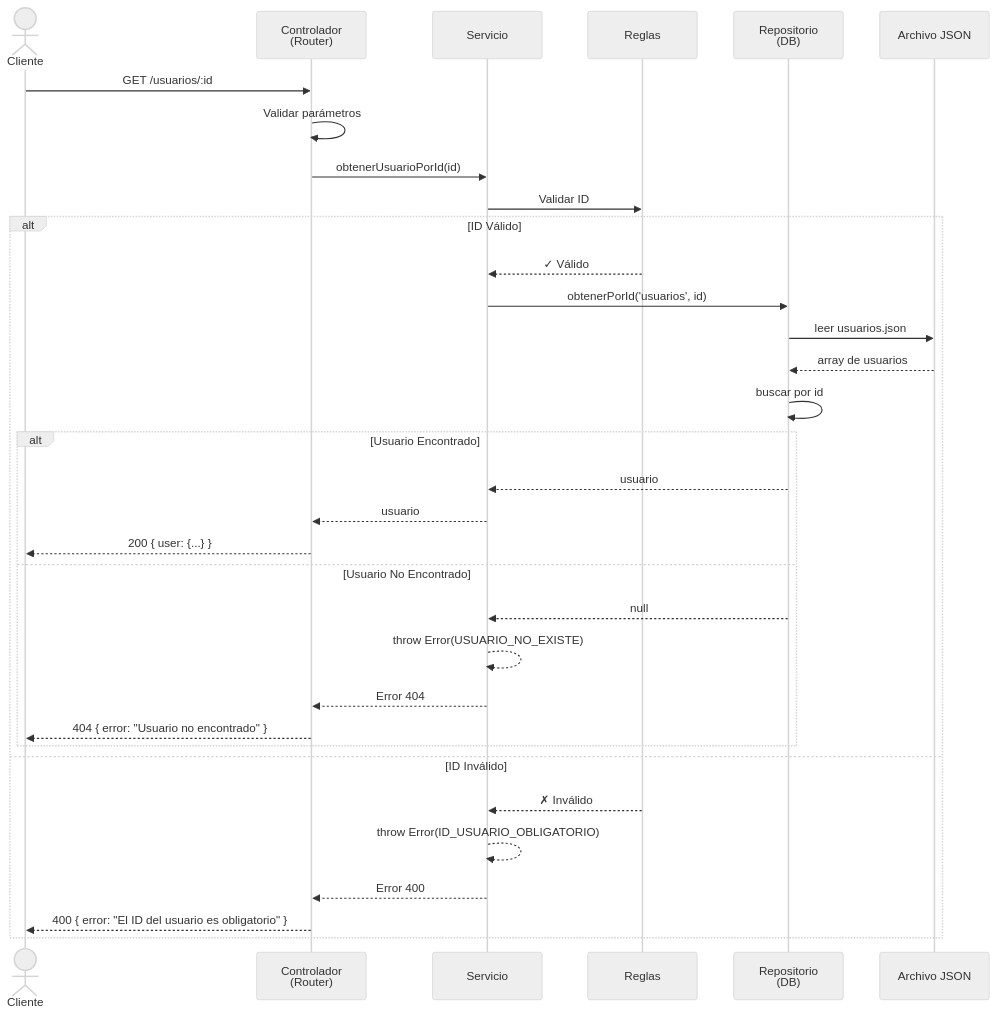
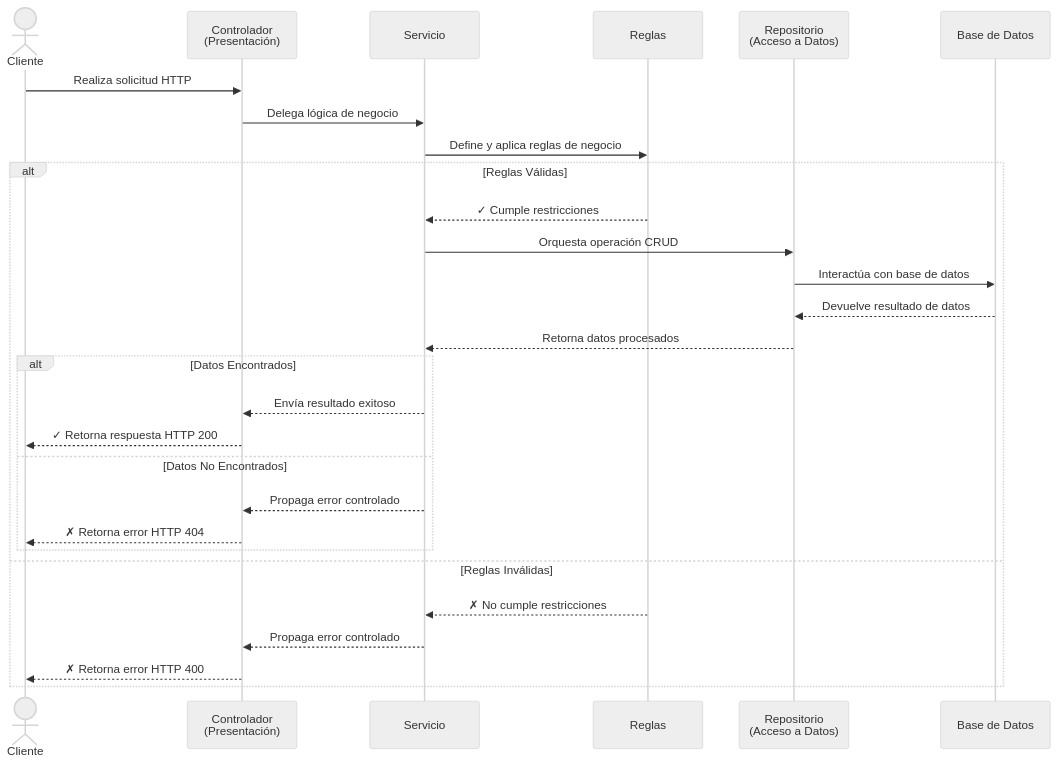
One commit to benlop27/manualtesting-app changed the second of 2 diagrams in README.md. Above: the diagram before and after it, drawn with Mermaid (neutral theme).

````diff
--- a/README.md
+++ b/README.md
@@ -61,36 +61,31 @@
 ```mermaid
 sequenceDiagram
     actor Cliente
-    participant Router as Controlador<br/>(Router)
+    participant Router as Controlador<br/>(Presentación)
     participant Servicio
     participant Reglas
-    participant Repository as Repositorio<br/>(DB)
-    participant JSON as Archivo JSON
+    participant Repository as Repositorio<br/>(Acceso a Datos)
+    participant BD as Base de Datos
 
-    Cliente->>Router: GET /usuarios/:id
-    Router->>Router: Validar parámetros
-    Router->>Servicio: obtenerUsuarioPorId(id)
-    Servicio->>Reglas: Validar ID
-    alt ID Válido
-        Reglas-->>Servicio: ✓ Válido
-        Servicio->>Repository: obtenerPorId('usuarios', id)
-        Repository->>JSON: leer usuarios.json
-        JSON-->>Repository: array de usuarios
-        Repository->>Repository: buscar por id
-        alt Usuario Encontrado
-            Repository-->>Servicio: usuario
-            Servicio-->>Router: usuario
-            Router-->>Cliente: 200 { user: {...} }
-        else Usuario No Encontrado
-            Repository-->>Servicio: null
-            Servicio-->>Servicio: throw Error(USUARIO_NO_EXISTE)
-            Servicio-->>Router: Error 404
-            Router-->>Cliente: 404 { error: "Usuario no encontrado" }
+    Cliente->>Router: Realiza solicitud HTTP
+    Router->>Servicio: Delega lógica de negocio
+    Servicio->>Reglas: Define y aplica reglas de negocio
+    alt Reglas Válidas
+        Reglas-->>Servicio: ✓ Cumple restricciones
+        Servicio->>Repository: Orquesta operación CRUD
+        Repository->>BD: Interactúa con base de datos
+        BD-->>Repository: Devuelve resultado de datos
+        Repository-->>Servicio: Retorna datos procesados
+        alt Datos Encontrados
+            Servicio-->>Router: Envía resultado exitoso
+            Router-->>Cliente: ✓ Retorna respuesta HTTP 200
+        else Datos No Encontrados
+            Servicio-->>Router: Propaga error controlado
+            Router-->>Cliente: ✗ Retorna error HTTP 404
         end
-    else ID Inválido
-        Reglas-->>Servicio: ✗ Inválido
-        Servicio-->>Servicio: throw Error(ID_USUARIO_OBLIGATORIO)
-        Servicio-->>Router: Error 400
-        Router-->>Cliente: 400 { error: "El ID del usuario es obligatorio" }
+    else Reglas Inválidas
+        Reglas-->>Servicio: ✗ No cumple restricciones
+        Servicio-->>Router: Propaga error controlado
+        Router-->>Cliente: ✗ Retorna error HTTP 400
     end
 ```
````
